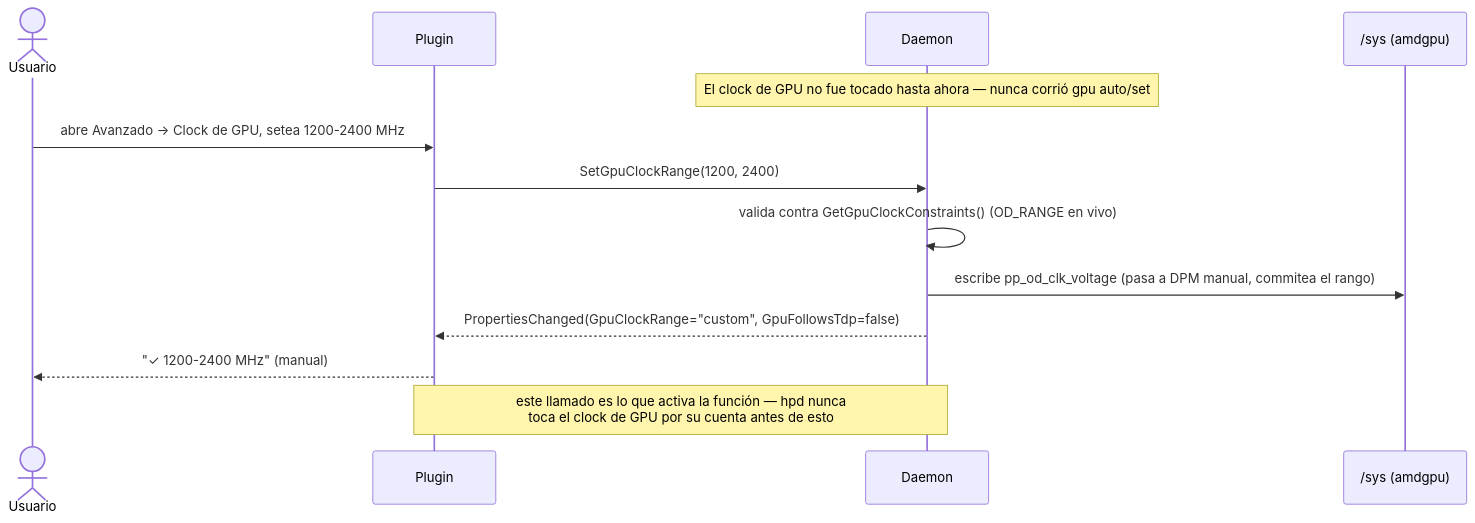
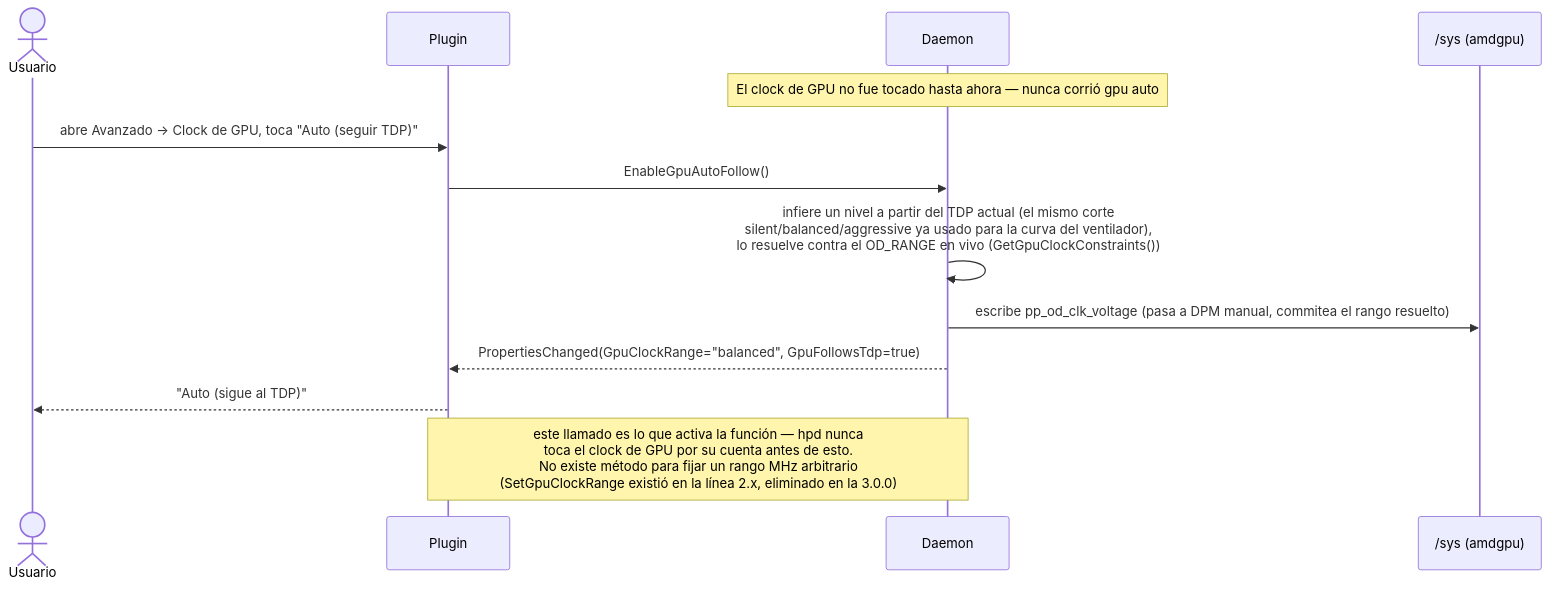
Diagram 13 of 18 in docs/DIAGRAMS-es.md (CiroDev-Git/hpd-handheld-power-daemon), drawn with Mermaid before and after one commit. The commit also changed other lines of this file and 20 other files, not shown here.

````diff
--- a/docs/DIAGRAMS-es.md
+++ b/docs/DIAGRAMS-es.md
@@ -318,16 +318,16 @@
 ```mermaid
 sequenceDiagram
     actor U as Usuario
     participant UI as Plugin
     participant D as Daemon
     participant HW as /sys (amdgpu)
 
-    Note over D: El clock de GPU no fue tocado hasta ahora — nunca corrió gpu auto/set
-    U->>UI: abre Avanzado → Clock de GPU, setea 1200-2400 MHz
-    UI->>D: SetGpuClockRange(1200, 2400)
-    D->>D: valida contra GetGpuClockConstraints() (OD_RANGE en vivo)
-    D->>HW: escribe pp_od_clk_voltage (pasa a DPM manual, commitea el rango)
-    D-->>UI: PropertiesChanged(GpuClockRange="custom", GpuFollowsTdp=false)
-    UI-->>U: "✓ 1200-2400 MHz" (manual)
-    Note over D,UI: este llamado es lo que activa la función — hpd nunca<br/>toca el clock de GPU por su cuenta antes de esto
+    Note over D: El clock de GPU no fue tocado hasta ahora — nunca corrió gpu auto
+    U->>UI: abre Avanzado → Clock de GPU, toca "Auto (seguir TDP)"
+    UI->>D: EnableGpuAutoFollow()
+    D->>D: infiere un nivel a partir del TDP actual (el mismo corte<br/>silent/balanced/aggressive ya usado para la curva del ventilador),<br/>lo resuelve contra el OD_RANGE en vivo (GetGpuClockConstraints())
+    D->>HW: escribe pp_od_clk_voltage (pasa a DPM manual, commitea el rango resuelto)
+    D-->>UI: PropertiesChanged(GpuClockRange="balanced", GpuFollowsTdp=true)
+    UI-->>U: "Auto (sigue al TDP)"
+    Note over D,UI: este llamado es lo que activa la función — hpd nunca<br/>toca el clock de GPU por su cuenta antes de esto.<br/>No existe método para fijar un rango MHz arbitrario<br/>(SetGpuClockRange existió en la línea 2.x, eliminado en la 3.0.0)
 ```
````
